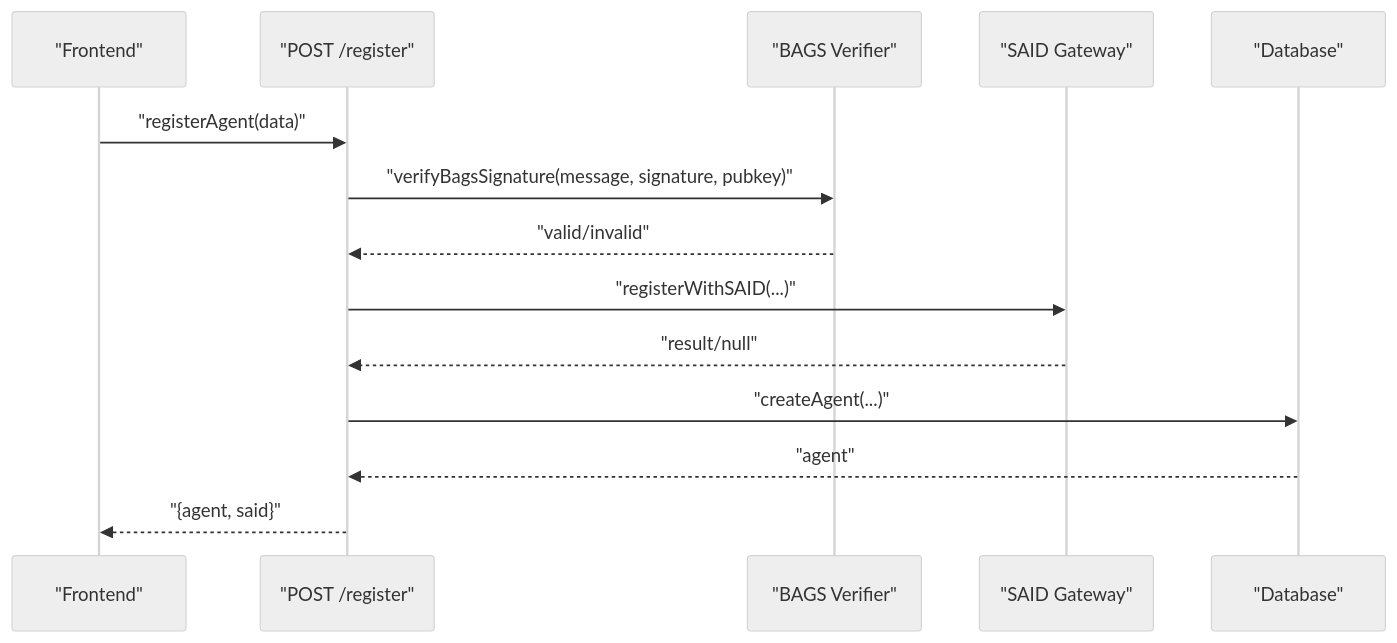
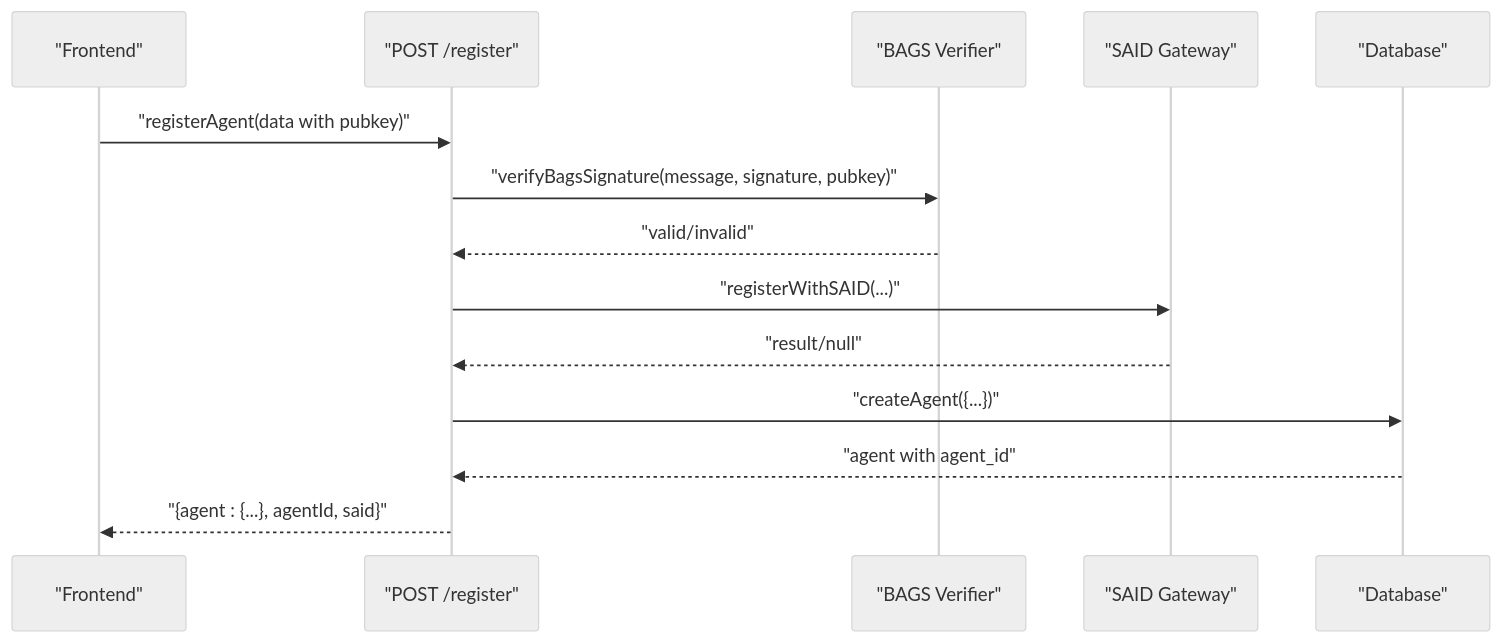
The third of 10 diagrams in .qoder/repowiki/en/content/Frontend Application/API Integration.md (RunTimeAdmin/AgentID), drawn with Mermaid (neutral theme) before and after one commit. The commit also changed other lines of this file and 31 other files, not shown here.

````diff
--- a/.qoder/repowiki/en/content/Frontend Application/API Integration.md
+++ b/.qoder/repowiki/en/content/Frontend Application/API Integration.md
@@ -175,16 +198,16 @@
 ```mermaid
 sequenceDiagram
 participant FE as "Frontend"
 participant API as "POST /register"
 participant Ver as "BAGS Verifier"
 participant SAID as "SAID Gateway"
 participant DB as "Database"
-FE->>API : "registerAgent(data)"
+FE->>API : "registerAgent(data with pubkey)"
 API->>Ver : "verifyBagsSignature(message, signature, pubkey)"
 Ver-->>API : "valid/invalid"
 API->>SAID : "registerWithSAID(...)"
 SAID-->>API : "result/null"
-API->>DB : "createAgent(...)"
-DB-->>API : "agent"
-API-->>FE : "{agent, said}"
+API->>DB : "createAgent({...})"
+DB-->>API : "agent with agent_id"
+API-->>FE : "{agent : {...}, agentId, said}"
 ```
````
